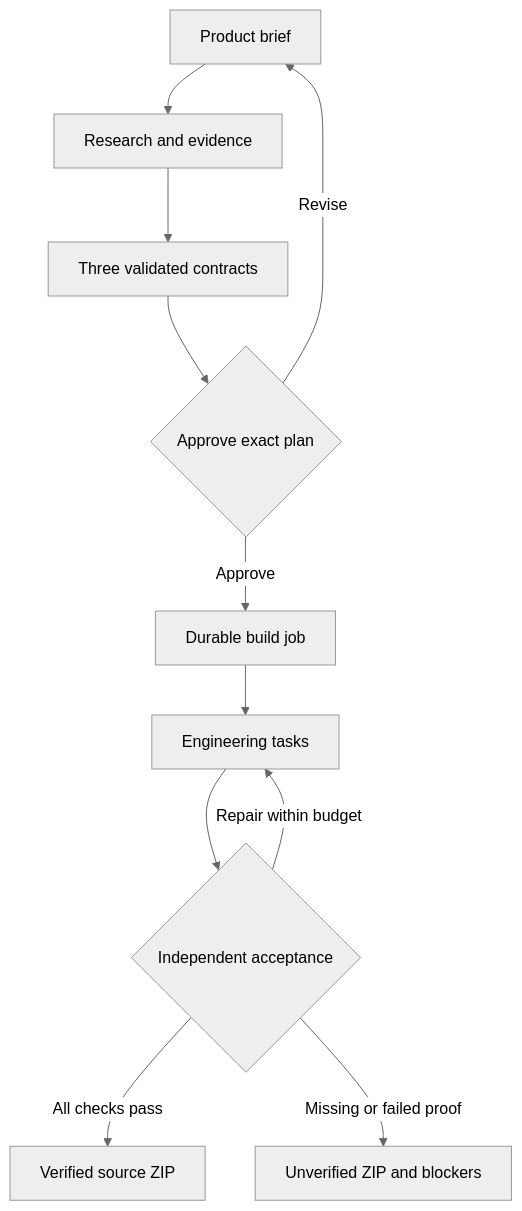
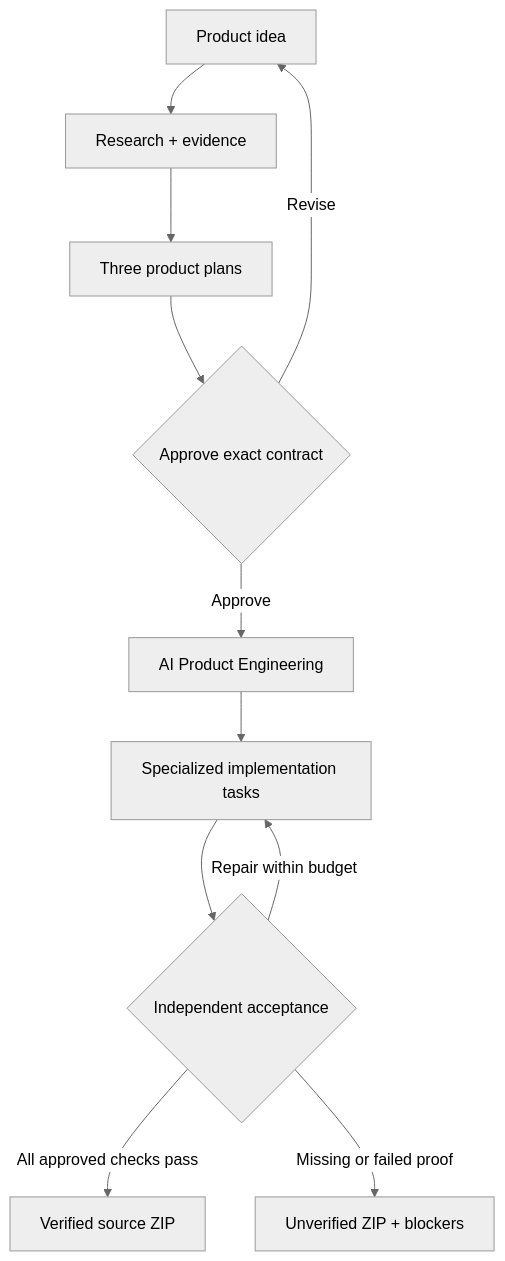
The diagram in README.md (logeshv586-code/AIproductfactory), drawn with Mermaid (neutral theme) before and after one commit. The commit also changed other lines of this file, not shown here.

Commit message:
docs: strengthen AI Product Engineer README and visuals

````diff
--- a/README.md
+++ b/README.md
@@ -23,13 +38,13 @@
 ```mermaid
 flowchart TD
-  B["Product brief"] --> R["Research and evidence"]
-  R --> P["Three validated contracts"]
-  P --> A{"Approve exact plan"}
-  A -->|Revise| B
-  A -->|Approve| J["Durable build job"]
-  J --> C["Engineering tasks"]
-  C --> V{"Independent acceptance"}
-  V -->|Repair within budget| C
-  V -->|All checks pass| D["Verified source ZIP"]
-  V -->|Missing or failed proof| U["Unverified ZIP and blockers"]
+  I["Product idea"] --> R["Research + evidence"]
+  R --> P["Three product plans"]
+  P --> A{"Approve exact contract"}
+  A -->|Revise| I
+  A -->|Approve| E["AI Product Engineering"]
+  E --> T["Specialized implementation tasks"]
+  T --> V{"Independent acceptance"}
+  V -->|Repair within budget| T
+  V -->|All approved checks pass| Z["Verified source ZIP"]
+  V -->|Missing or failed proof| U["Unverified ZIP + blockers"]
 ```
````
